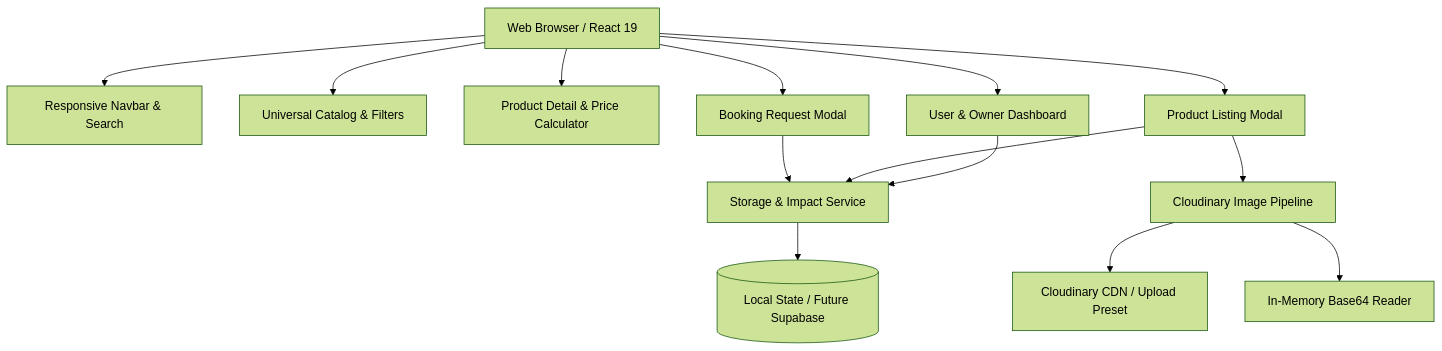
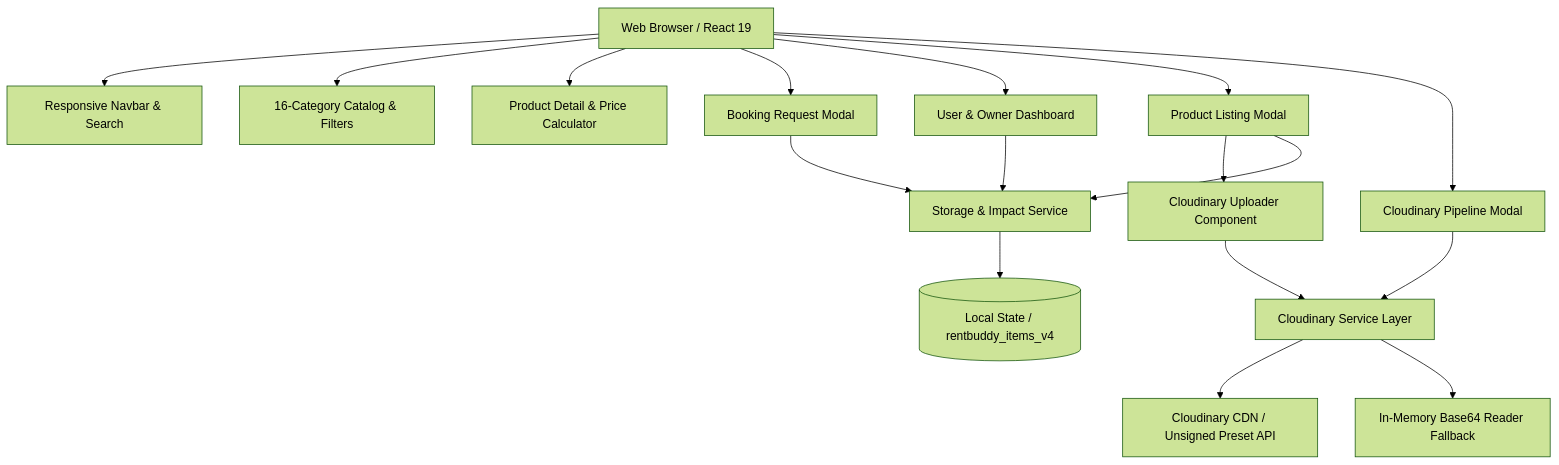
The diagram in NOTION_DOCUMENTATION.md (adarshsde01-dotcom/RentBuddy), drawn with Mermaid (forest theme) before and after one commit. The commit also changed other lines of this file and 9 other files, not shown here.

````diff
--- a/NOTION_DOCUMENTATION.md
+++ b/NOTION_DOCUMENTATION.md
@@ -61,18 +66,21 @@
 ```mermaid
 graph TD
     Client[Web Browser / React 19] --> Navbar[Responsive Navbar & Search]
-    Client --> Catalog[Universal Catalog & Filters]
+    Client --> Catalog[16-Category Catalog & Filters]
     Client --> Detail[Product Detail & Price Calculator]
     Client --> BookingFlow[Booking Request Modal]
     Client --> Dashboard[User & Owner Dashboard]
     Client --> ListingForm[Product Listing Modal]
+    Client --> CloudinaryModal[Cloudinary Pipeline Modal]
 
-    ListingForm --> CloudinaryService[Cloudinary Image Pipeline]
-    CloudinaryService --> CloudinaryAPI[Cloudinary CDN / Upload Preset]
-    CloudinaryService --> DemoFallback[In-Memory Base64 Reader]
+    ListingForm --> CloudinaryUploader[Cloudinary Uploader Component]
+    CloudinaryUploader --> CloudinaryService[Cloudinary Service Layer]
+    CloudinaryModal --> CloudinaryService
+    CloudinaryService --> CloudinaryAPI[Cloudinary CDN / Unsigned Preset API]
+    CloudinaryService --> DemoFallback[In-Memory Base64 Reader Fallback]
 
     BookingFlow --> StorageService[Storage & Impact Service]
     ListingForm --> StorageService
     Dashboard --> StorageService
-    StorageService --> LocalStorage[(Local State / Future Supabase)]
+    StorageService --> LocalStorage[(Local State / rentbuddy_items_v4)]
 ```
````
